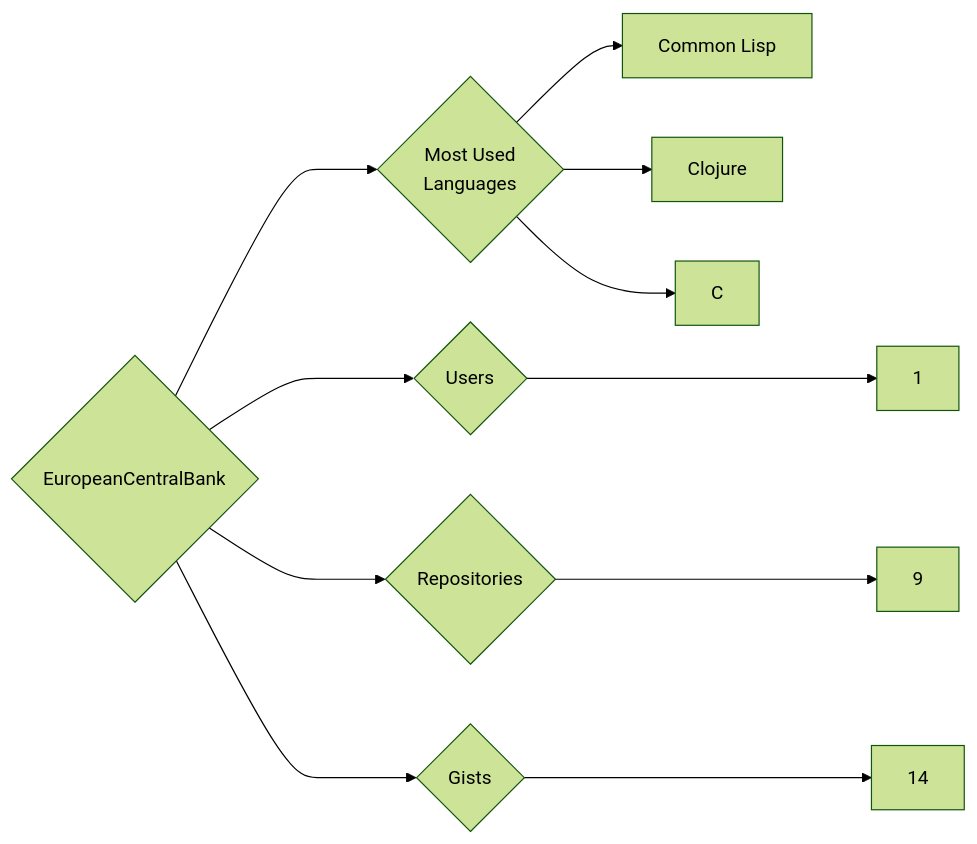
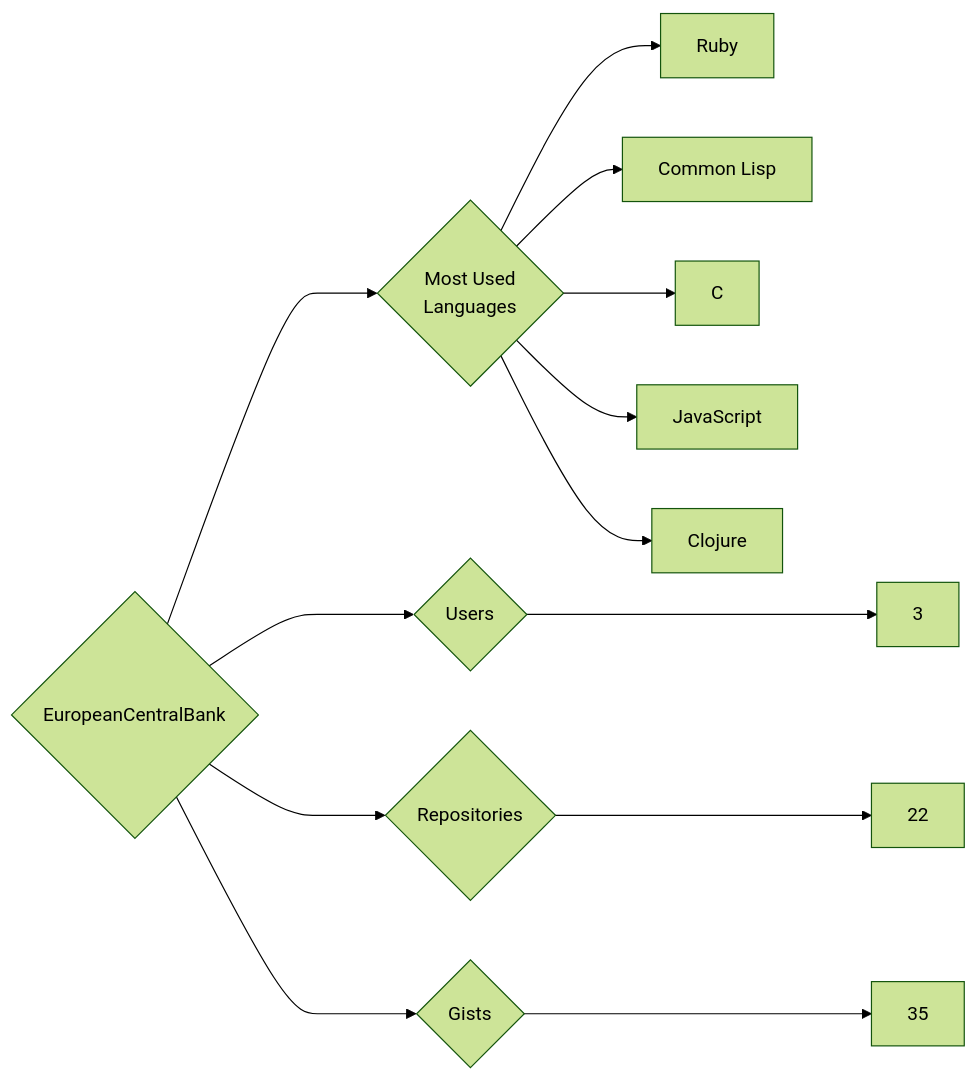
The diagram in targets/EuropeanCentralBank/README.md (trickest/insiders), drawn with Mermaid (forest theme) before and after one commit. The commit also changed 985 other files, not shown here.

````diff
--- a/targets/EuropeanCentralBank/README.md
+++ b/targets/EuropeanCentralBank/README.md
@@ -3,11 +3,13 @@
 ```mermaid
 graph LR
 COMPANY_NAME{EuropeanCentralBank}
-COMPANY_NAME ---> U{Users} ---> UN[1]
-COMPANY_NAME ---> R{Repositories} ---> RN[9]
-COMPANY_NAME ---> G{Gists} ---> GN[14]
+COMPANY_NAME ---> U{Users} ---> UN[3]
+COMPANY_NAME ---> R{Repositories} ---> RN[22]
+COMPANY_NAME ---> G{Gists} ---> GN[35]
 COMPANY_NAME ---> ML{Most Used<br>Languages}
+ML --> Ruby[Ruby]
 ML --> Common_Lisp[Common Lisp]
+ML --> C[C]
+ML --> JavaScript[JavaScript]
 ML --> Clojure[Clojure]
-ML --> C[C]
 ```
````
